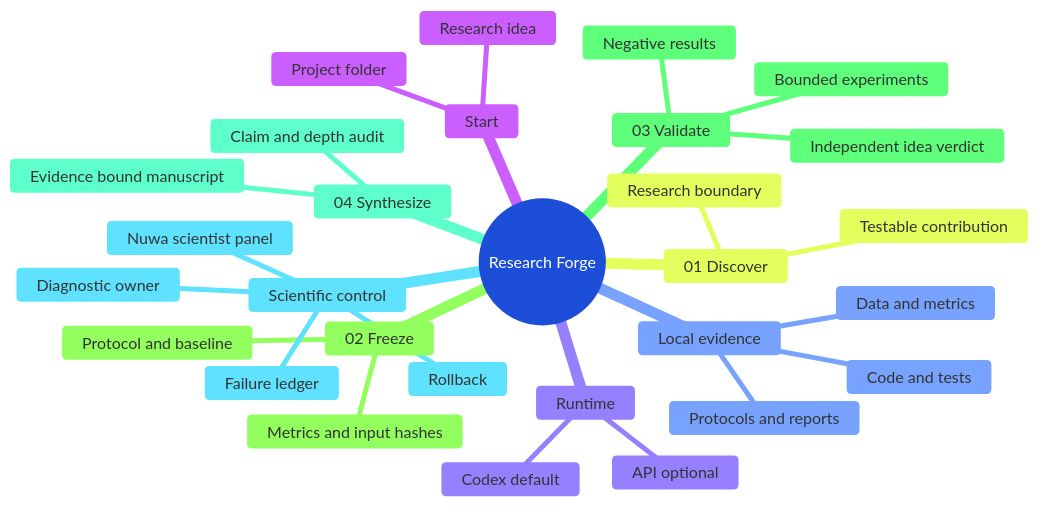
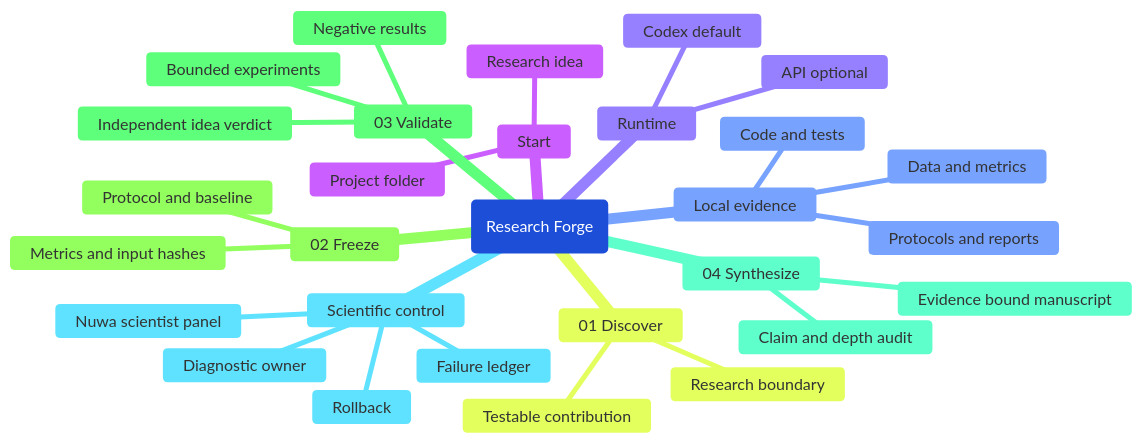
Before and after one commit to CKwin26/Auto-Agentic-Research-Forge: the diagram in README.md, drawn with Mermaid.

Commit message:
Improve mind map center label

````diff
--- a/README.md
+++ b/README.md
@@ -113,48 +113,48 @@
 ```mermaid
 ---
 config:
   theme: base
   themeVariables:
     background: '#ffffff'
     fontFamily: 'Inter, -apple-system, BlinkMacSystemFont, Segoe UI, sans-serif'
     git0: '#1d4ed8'
     gitBranchLabel0: '#ffffff'
     lineColor: '#94a3b8'
   themeCSS: >-
     .edge, [class*="edge-depth-"] { stroke: #94a3b8 !important; stroke-width: 2px !important; }
     .mindmap-node rect, .mindmap-node path, .mindmap-node circle, .mindmap-node polygon { fill: #f8fafc !important; stroke: #cbd5e1 !important; stroke-width: 1px !important; }
     .mindmap-node span { color: #111827 !important; }
     .section-root rect, .section-root path, .section-root circle, .section-root polygon { fill: #1d4ed8 !important; stroke: #1d4ed8 !important; stroke-width: 2px !important; }
     .section-root span { color: #ffffff !important; }
 ---
 mindmap
-  root((Research Forge))
+  root(Research Forge)
     Start
       Project folder
       Research idea
     Local evidence
       Code and tests
       Data and metrics
       Protocols and reports
     01 Discover
       Research boundary
       Testable contribution
     02 Freeze
       Protocol and baseline
       Metrics and input hashes
     03 Validate
       Bounded experiments
       Independent idea verdict
       Negative results
     04 Synthesize
       Evidence bound manuscript
       Claim and depth audit
     Scientific control
       Nuwa scientist panel
       Diagnostic owner
       Failure ledger
       Rollback
     Runtime
       Codex default
       API optional
 ```
````
